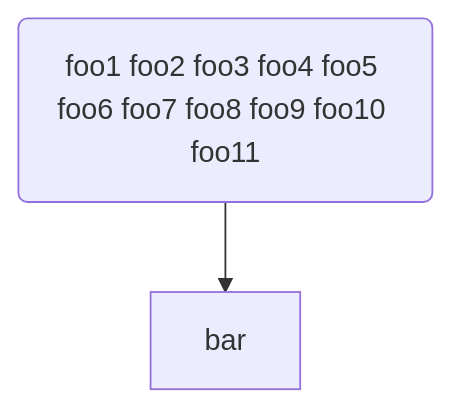
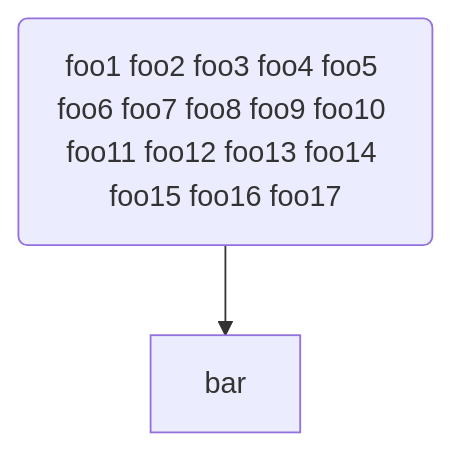
Diagram 16 of 16 in sandbox/MerMaid_diagram_integration.md (funjobie/OpenSwordArtsVR), drawn with Mermaid before and after one commit. The commit also changed other lines of this file, not shown here.

Commit message:
refine troubleshooting example

````diff
--- a/sandbox/MerMaid_diagram_integration.md
+++ b/sandbox/MerMaid_diagram_integration.md
@@ -205,4 +205,4 @@
 ```mermaid
 flowchart TD
-    foo(foo1 foo2 foo3 foo4 foo5 foo6 foo7 foo8 foo9 foo10 foo11) --> bar
+    foo(foo1 foo2 foo3 foo4 foo5 foo6 foo7 foo8 foo9 foo10 foo11 foo12 foo13 foo14 foo15 foo16 foo17) --> bar
 ```
````
